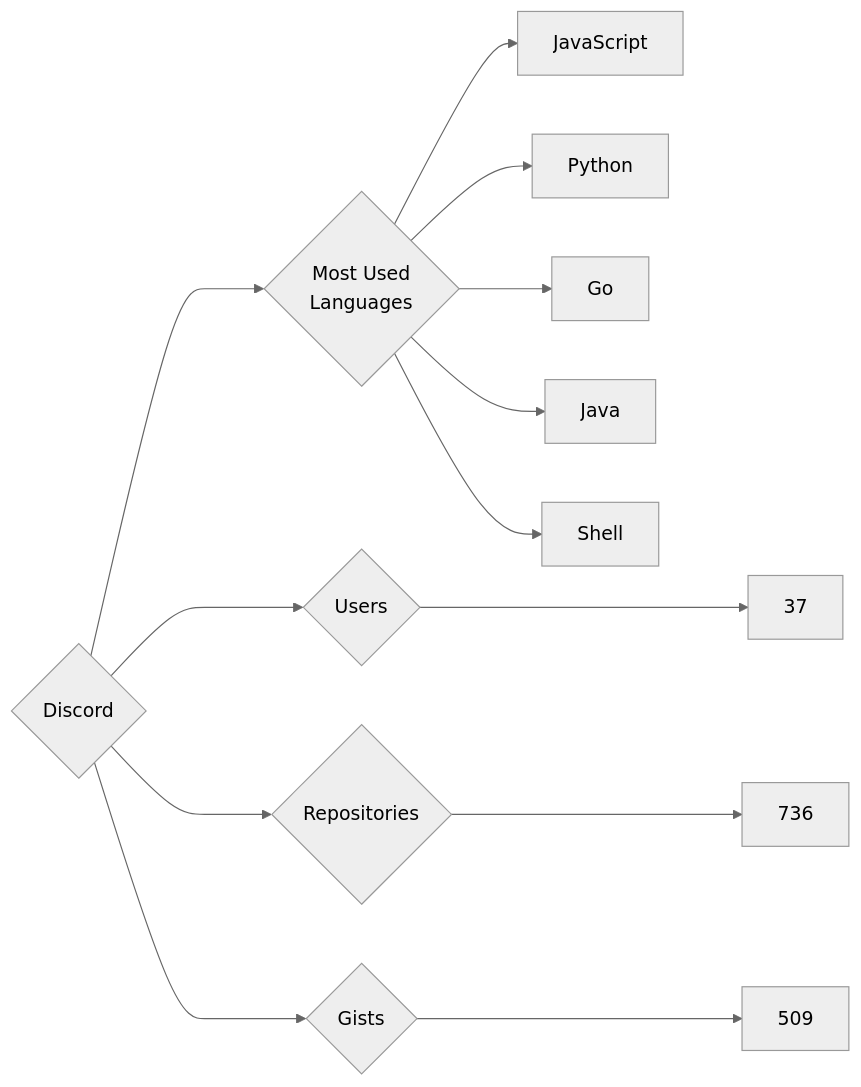
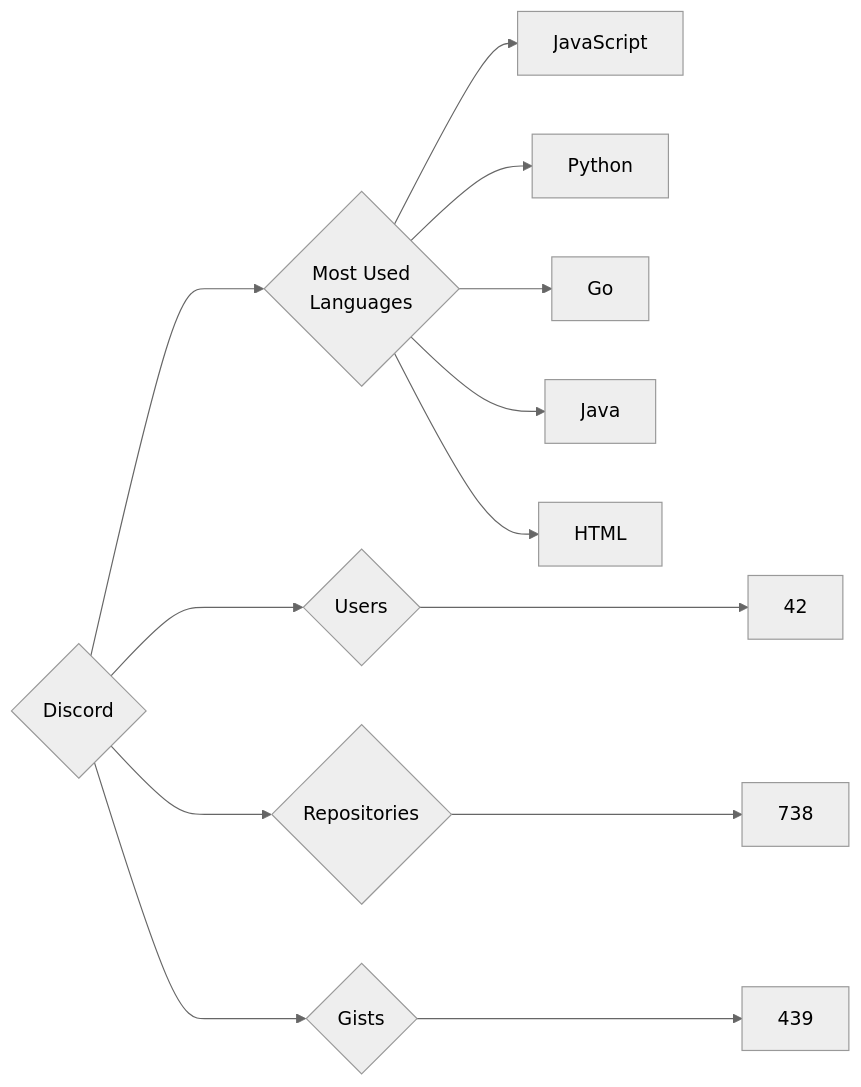
The diagram in targets/Discord/README.md (trickest/insiders), drawn with Mermaid (neutral theme) before and after one commit. The commit also changed 1020 other files, not shown here.

````diff
--- a/targets/Discord/README.md
+++ b/targets/Discord/README.md
@@ -3,13 +3,13 @@
 ```mermaid
 graph LR
 COMPANY_NAME{Discord}
-COMPANY_NAME ---> U{Users} ---> UN[37]
-COMPANY_NAME ---> R{Repositories} ---> RN[736]
-COMPANY_NAME ---> G{Gists} ---> GN[509]
+COMPANY_NAME ---> U{Users} ---> UN[42]
+COMPANY_NAME ---> R{Repositories} ---> RN[738]
+COMPANY_NAME ---> G{Gists} ---> GN[439]
 COMPANY_NAME ---> ML{Most Used<br>Languages}
 ML --> JavaScript[JavaScript]
 ML --> Python[Python]
 ML --> Go[Go]
 ML --> Java[Java]
-ML --> Shell[Shell]
+ML --> HTML[HTML]
 ```
````
